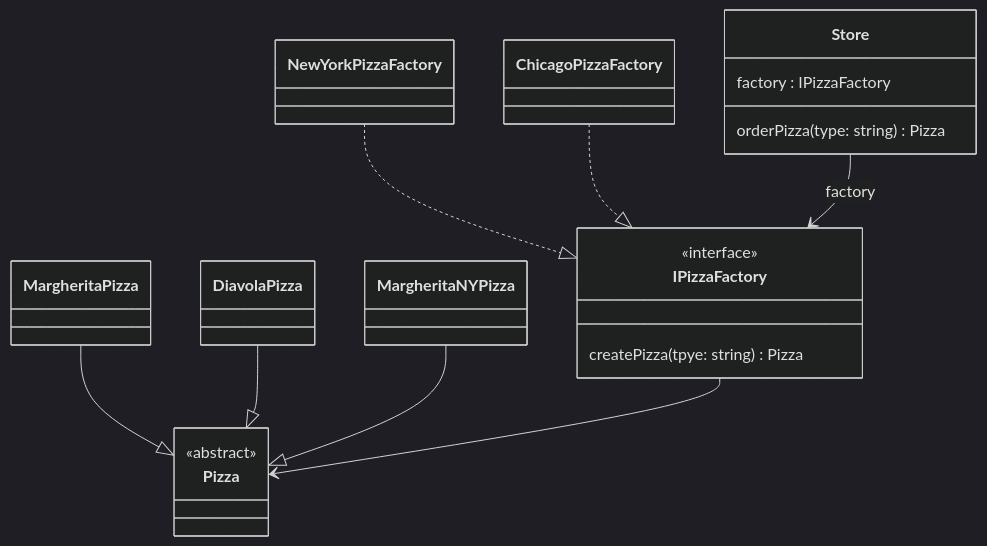
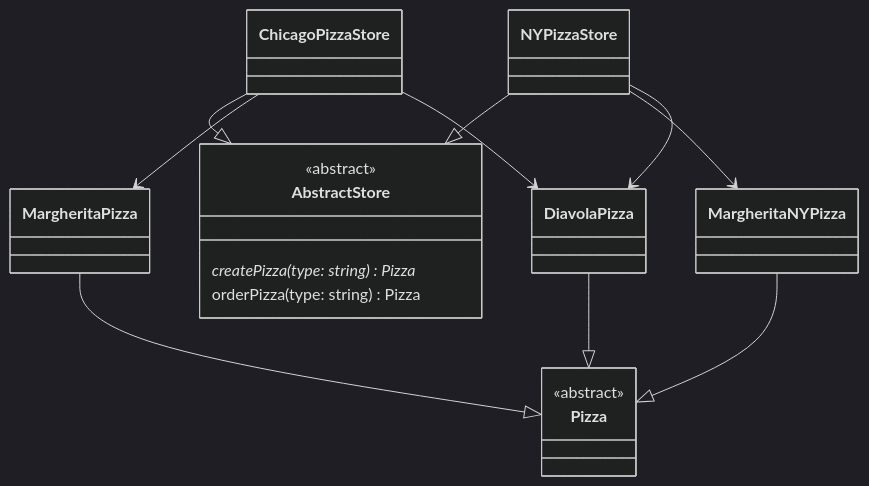
One commit to nick990/design-patterns changed the second of 2 diagrams in factory-method/README.md. Above: the diagram before and after it, drawn with Mermaid (dark theme). The commit also changed other lines of this file and 5 other files, not shown here.

Commit message:
Fix Factory Method Pizza Store

````diff
--- a/factory-method/README.md
+++ b/factory-method/README.md
@@ -37,28 +37,29 @@
 ```mermaid
 classDiagram
     class Pizza{
         <<abstract>>
     }
     class MargheritaPizza
     class DiavolaPizza
     class MargheritaNYPizza
     MargheritaPizza --|> Pizza
     DiavolaPizza --|> Pizza
     MargheritaNYPizza --|> Pizza
 
-    class IPizzaFactory{
-        <<interface>>
-        createPizza(tpye: string) Pizza 
-    }
-    IPizzaFactory --> Pizza
-    class NewYorkPizzaFactory
-    class ChicagoPizzaFactory
-    NewYorkPizzaFactory ..|> IPizzaFactory
-    ChicagoPizzaFactory ..|> IPizzaFactory
-
-    class Store{
-        factory : IPizzaFactory
+    class AbstractStore{
+        <<abstract>>
+        createPizza(type: string) Pizza*
         orderPizza(type: string) Pizza
     }
-    Store --> IPizzaFactory : factory
+    class NYPizzaStore
+    class ChicagoPizzaStore
+    NYPizzaStore --|> AbstractStore
+    ChicagoPizzaStore --|> AbstractStore
+
+    NYPizzaStore --> MargheritaNYPizza
+    NYPizzaStore --> DiavolaPizza
+    ChicagoPizzaStore --> MargheritaPizza
+    ChicagoPizzaStore --> DiavolaPizza
+
+
 ```
````
